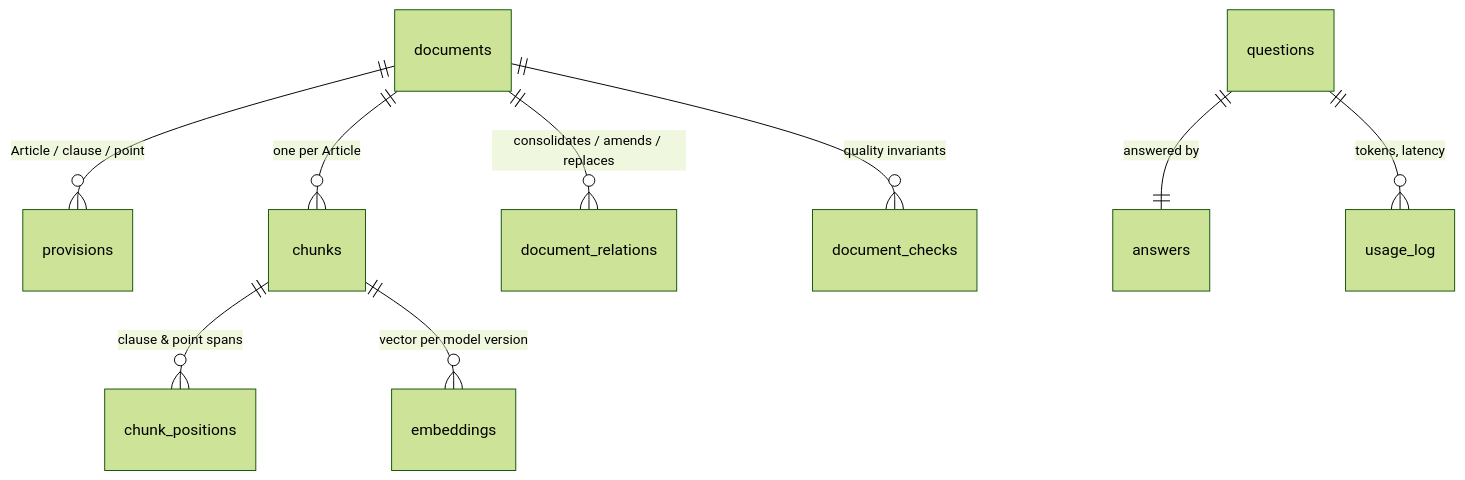
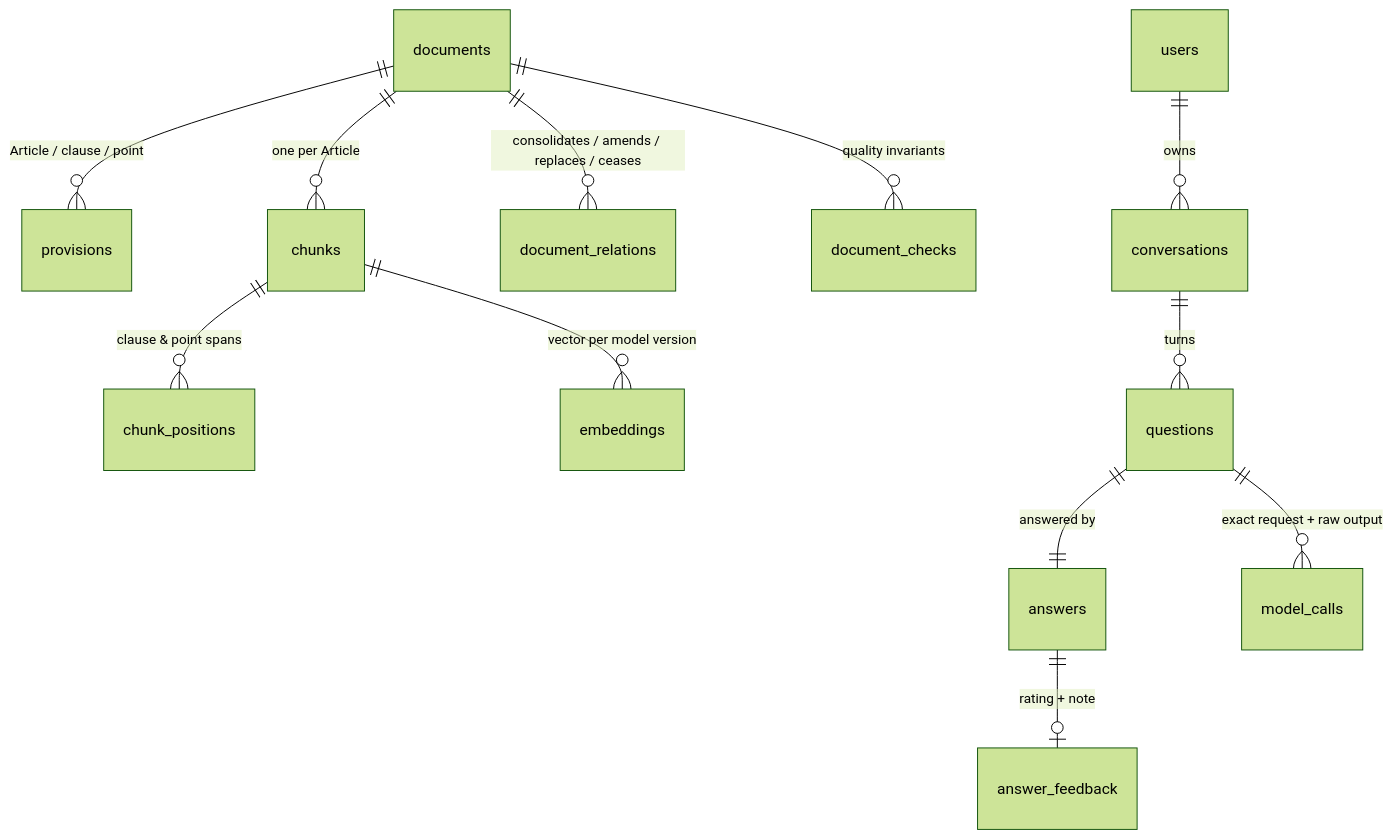
The third of 5 diagrams in README.md (Shicukoe/TaxAssistant), drawn with Mermaid (forest theme) before and after one commit. The commit also changed other lines of this file and 49 other files, not shown here.

````diff
--- a/README.md
+++ b/README.md
@@ -128,11 +156,14 @@
 ```mermaid
 erDiagram
     documents ||--o{ provisions : "Article / clause / point"
     documents ||--o{ chunks : "one per Article"
     chunks ||--o{ chunk_positions : "clause & point spans"
     chunks ||--o{ embeddings : "vector per model version"
-    documents ||--o{ document_relations : "consolidates / amends / replaces"
+    documents ||--o{ document_relations : "consolidates / amends / replaces / ceases"
     documents ||--o{ document_checks : "quality invariants"
+    users ||--o{ conversations : "owns"
+    conversations ||--o{ questions : "turns"
     questions ||--|| answers : "answered by"
-    questions ||--o{ usage_log : "tokens, latency"
+    questions ||--o{ model_calls : "exact request + raw output"
+    answers ||--o| answer_feedback : "rating + note"
 ```
````
